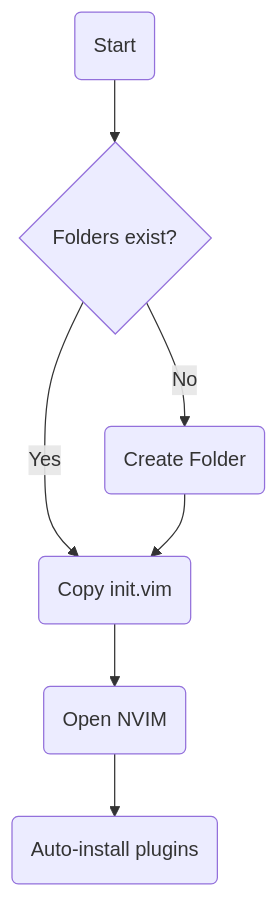
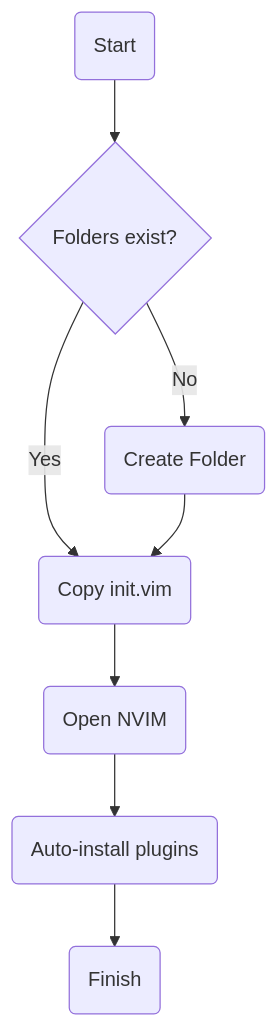
One commit to amcelroy/vimrc changed the diagram in readme.md. Above: the diagram before and after it, drawn with Mermaid.

Commit message:
Improved flow chart, spelling

````diff
--- a/readme.md
+++ b/readme.md
@@ -24,9 +24,10 @@
-```mermaid
+```mermaid 
 flowchart TB
 A(Start) --> B{Folders exist?}
 B -->|No| C(Create Folder)
 B -->|Yes| D(Copy init.vim)
 C --> D
 D --> E(Open NVIM)
 E --> F(Auto-install plugins)
+F --> G(Finish)
 ```
````
